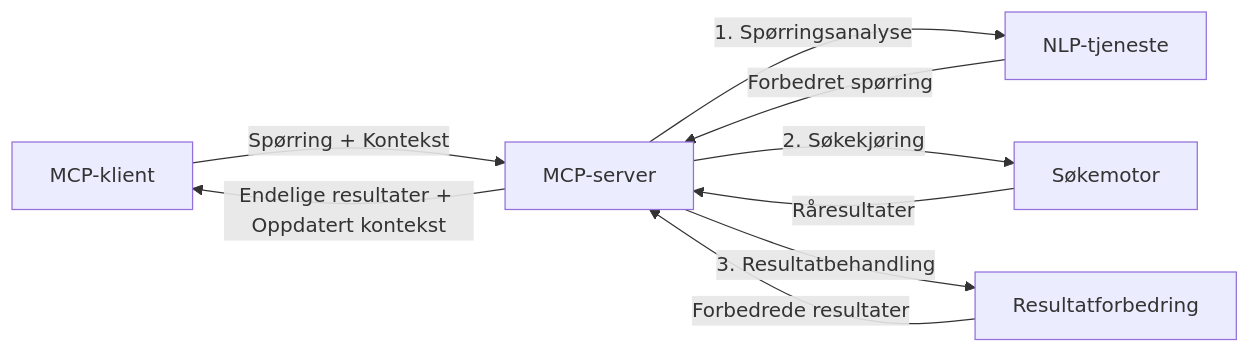
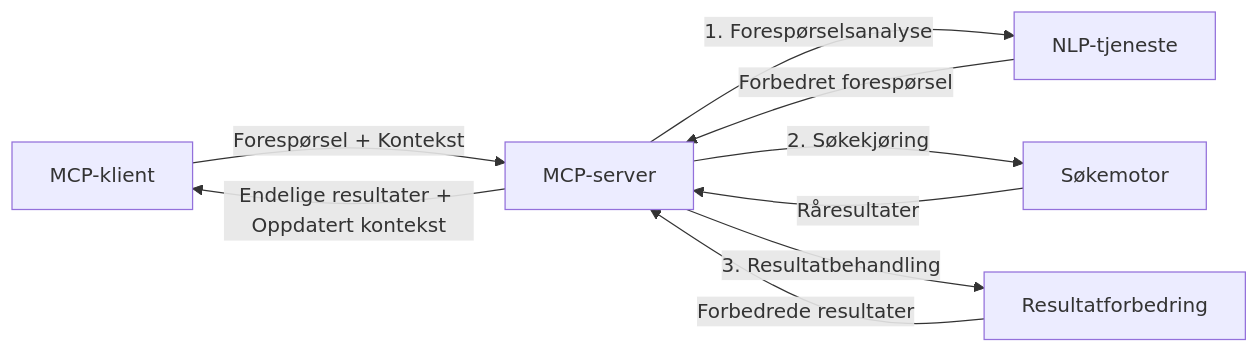
One commit to microsoft/mcp-for-beginners changed the fourth of 4 diagrams in translations/no/05-AdvancedTopics/mcp-realtimesearch/README.md. Above: the diagram before and after it, drawn with Mermaid. The commit also changed other lines of this file and 156 other files, not shown here.

````diff
--- a/translations/no/05-AdvancedTopics/mcp-realtimesearch/README.md
+++ b/translations/no/05-AdvancedTopics/mcp-realtimesearch/README.md
@@ -626,11 +628,11 @@
 ```mermaid
 graph LR
-    Client[MCP-klient] --> |Spørring + Kontekst| Server[MCP-server]
-    Server --> |1. Spørringsanalyse| NLP[NLP-tjeneste]
-    NLP --> |Forbedret spørring| Server
+    Client[MCP-klient] --> |Forespørsel + Kontekst| Server[MCP-server]
+    Server --> |1. Forespørselsanalyse| NLP[NLP-tjeneste]
+    NLP --> |Forbedret forespørsel| Server
     Server --> |2. Søkekjøring| Search[Søkemotor]
     Search --> |Råresultater| Server
     Server --> |3. Resultatbehandling| Enhancement[Resultatforbedring]
     Enhancement --> |Forbedrede resultater| Server
     Server --> |Endelige resultater + Oppdatert kontekst| Client
 ```
````
